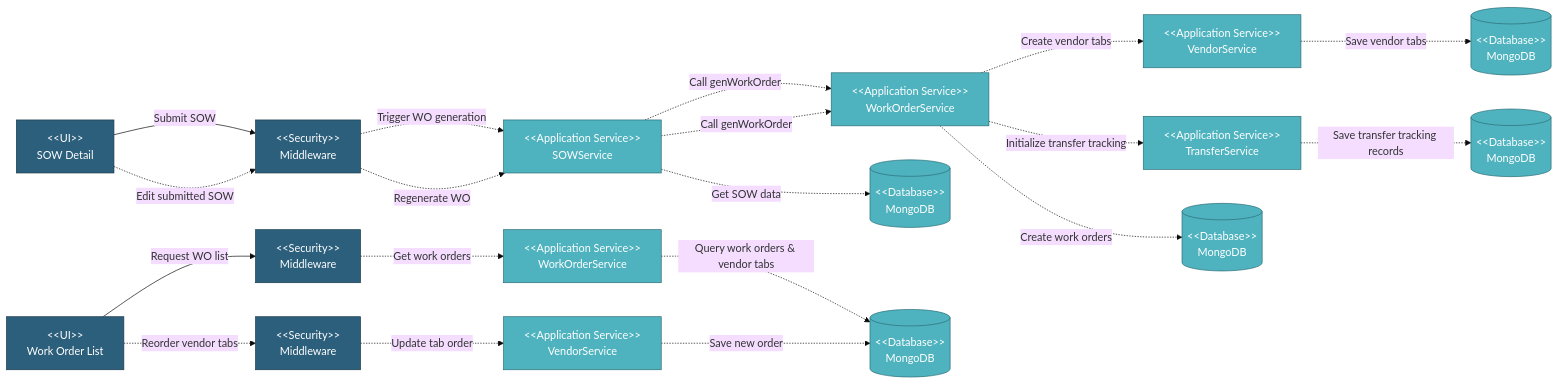
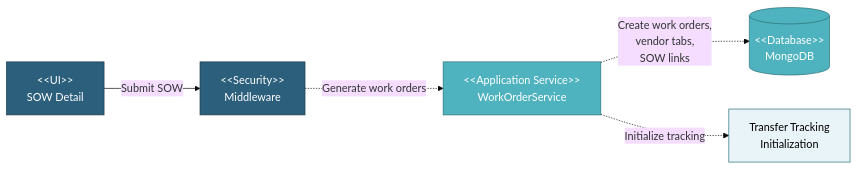
The diagram in docs/TDD/05-Component-Design/5.4-Work-Order-Module/5.4.1-Work-Order-Generation-Vendor-Tabs.md (faizalmuzakki/pipeline-docs), drawn with Mermaid (base theme) before and after one commit. The commit also changed other lines of this file and 5 other files, not shown here.

Commit message:
feat: rework work order component design sections

````diff
--- a/docs/TDD/05-Component-Design/5.4-Work-Order-Module/5.4.1-Work-Order-Generation-Vendor-Tabs.md
+++ b/docs/TDD/05-Component-Design/5.4-Work-Order-Module/5.4.1-Work-Order-Generation-Vendor-Tabs.md
@@ -9,65 +9,19 @@
 ```mermaid
 graph LR
     UI_SOW["&lt;&lt;UI&gt;&gt;<br/>SOW Detail"]
-    UI_WO["&lt;&lt;UI&gt;&gt;<br/>Work Order List"]
+    SEC["&lt;&lt;Security&gt;&gt;<br/>Middleware"]
+    WO_SVC["&lt;&lt;Application Service&gt;&gt;<br/>WorkOrderService"]
+    DB[("&lt;&lt;Database&gt;&gt;<br/>MongoDB")]
+    TRANSFER_INIT["Transfer Tracking<br/>Initialization"]
 
-    SEC1["&lt;&lt;Security&gt;&gt;<br/>Middleware"]
-    SEC2["&lt;&lt;Security&gt;&gt;<br/>Middleware"]
-    SEC3["&lt;&lt;Security&gt;&gt;<br/>Middleware"]
-
-    SOW_SVC["&lt;&lt;Application Service&gt;&gt;<br/>SOWService"]
-    WO_SVC1["&lt;&lt;Application Service&gt;&gt;<br/>WorkOrderService"]
-    VENDOR_SVC1["&lt;&lt;Application Service&gt;&gt;<br/>VendorService"]
-    TRANSFER_SVC["&lt;&lt;Application Service&gt;&gt;<br/>TransferService"]
-    WO_SVC2["&lt;&lt;Application Service&gt;&gt;<br/>WorkOrderService"]
-    VENDOR_SVC2["&lt;&lt;Application Service&gt;&gt;<br/>VendorService"]
-
-    DB1[("&lt;&lt;Database&gt;&gt;<br/>MongoDB")]
-    DB2[("&lt;&lt;Database&gt;&gt;<br/>MongoDB")]
-    DB3[("&lt;&lt;Database&gt;&gt;<br/>MongoDB")]
-    DB4[("&lt;&lt;Database&gt;&gt;<br/>MongoDB")]
-    DB5[("&lt;&lt;Database&gt;&gt;<br/>MongoDB")]
-
-    %% Submit SOW Flow
-    UI_SOW -->|Submit SOW| SEC1
-    SEC1 -.->|Trigger WO generation| SOW_SVC
-    SOW_SVC -.->|Get SOW data| DB1
-    SOW_SVC -.->|Call genWorkOrder| WO_SVC1
-    WO_SVC1 -.->|Create work orders| DB2
-    WO_SVC1 -.->|Create vendor tabs| VENDOR_SVC1
-    VENDOR_SVC1 -.->|Save vendor tabs| DB3
-    WO_SVC1 -.->|Initialize transfer tracking| TRANSFER_SVC
-    TRANSFER_SVC -.->|Save transfer tracking records| DB4
-
-    %% Request WO List Flow
-    UI_WO -->|Request WO list| SEC2
-    SEC2 -.->|Get work orders| WO_SVC2
-    WO_SVC2 -.->|Query work orders & vendor tabs| DB5
-
-    %% Reorder Vendor Tabs Flow
-    UI_WO -.->|Reorder vendor tabs| SEC3
-    SEC3 -.->|Update tab order| VENDOR_SVC2
-    VENDOR_SVC2 -.->|Save new order| DB5
-
-    %% Edit Submitted SOW Flow (Regenerate WO)
-    UI_SOW -.->|Edit submitted SOW| SEC1
-    SEC1 -.->|Regenerate WO| SOW_SVC
-    SOW_SVC -.->|Call genWorkOrder| WO_SVC1
+    UI_SOW -->|Submit SOW| SEC
+    SEC -.->|Generate work orders| WO_SVC
+    WO_SVC -.->|Create work orders,<br/>vendor tabs,<br/>SOW links| DB
+    WO_SVC -.->|Initialize tracking| TRANSFER_INIT
 
     style UI_SOW fill:#2C5F7C,stroke:#1a3a4a,color:#fff
-    style UI_WO fill:#2C5F7C,stroke:#1a3a4a,color:#fff
-    style SEC1 fill:#2C5F7C,stroke:#1a3a4a,color:#fff
-    style SEC2 fill:#2C5F7C,stroke:#1a3a4a,color:#fff
-    style SEC3 fill:#2C5F7C,stroke:#1a3a4a,color:#fff
-    style SOW_SVC fill:#4FB3BF,stroke:#2a6d76,color:#fff
-    style WO_SVC1 fill:#4FB3BF,stroke:#2a6d76,color:#fff
-    style WO_SVC2 fill:#4FB3BF,stroke:#2a6d76,color:#fff
-    style VENDOR_SVC1 fill:#4FB3BF,stroke:#2a6d76,color:#fff
-    style VENDOR_SVC2 fill:#4FB3BF,stroke:#2a6d76,color:#fff
-    style TRANSFER_SVC fill:#4FB3BF,stroke:#2a6d76,color:#fff
-    style DB1 fill:#4FB3BF,stroke:#2a6d76,color:#fff
-    style DB2 fill:#4FB3BF,stroke:#2a6d76,color:#fff
-    style DB3 fill:#4FB3BF,stroke:#2a6d76,color:#fff
-    style DB4 fill:#4FB3BF,stroke:#2a6d76,color:#fff
-    style DB5 fill:#4FB3BF,stroke:#2a6d76,color:#fff
+    style SEC fill:#2C5F7C,stroke:#1a3a4a,color:#fff
+    style WO_SVC fill:#4FB3BF,stroke:#2a6d76,color:#fff
+    style DB fill:#4FB3BF,stroke:#2a6d76,color:#fff
+    style TRANSFER_INIT fill:#E8F4F8,stroke:#2a6d76,color:#000
 ```
````
